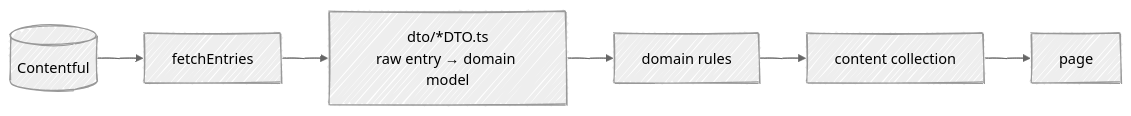
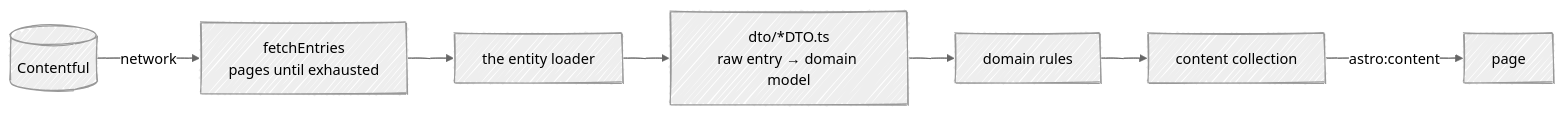
Before and after one commit to fbuireu/biancafiore: the diagram in docs/wiki/Content-Model.md, drawn with Mermaid. The commit also changed other lines of this file and 4 other files, not shown here.

````diff
--- a/docs/wiki/Content-Model.md
+++ b/docs/wiki/Content-Model.md
@@ -28,13 +28,14 @@
 ```mermaid
 ---
 config:
   look: handDrawn
   theme: neutral
 ---
 flowchart LR
-    CF[("Contentful")] --> F["fetchEntries"]
-    F --> D["dto/*DTO.ts<br/>raw entry → domain model"]
-    D --> R["domain rules"]
-    R --> C["content collection"]
-    C --> P["page"]
+    cms[("Contentful")] -- "network" --> fetch["fetchEntries<br/>pages until exhausted"]
+    fetch --> loader["the entity loader"]
+    loader --> dto["dto/*DTO.ts<br/>raw entry → domain model"]
+    dto --> rules["domain rules"]
+    rules --> collection["content collection"]
+    collection -- "astro:content" --> page["page"]
 ```
````
